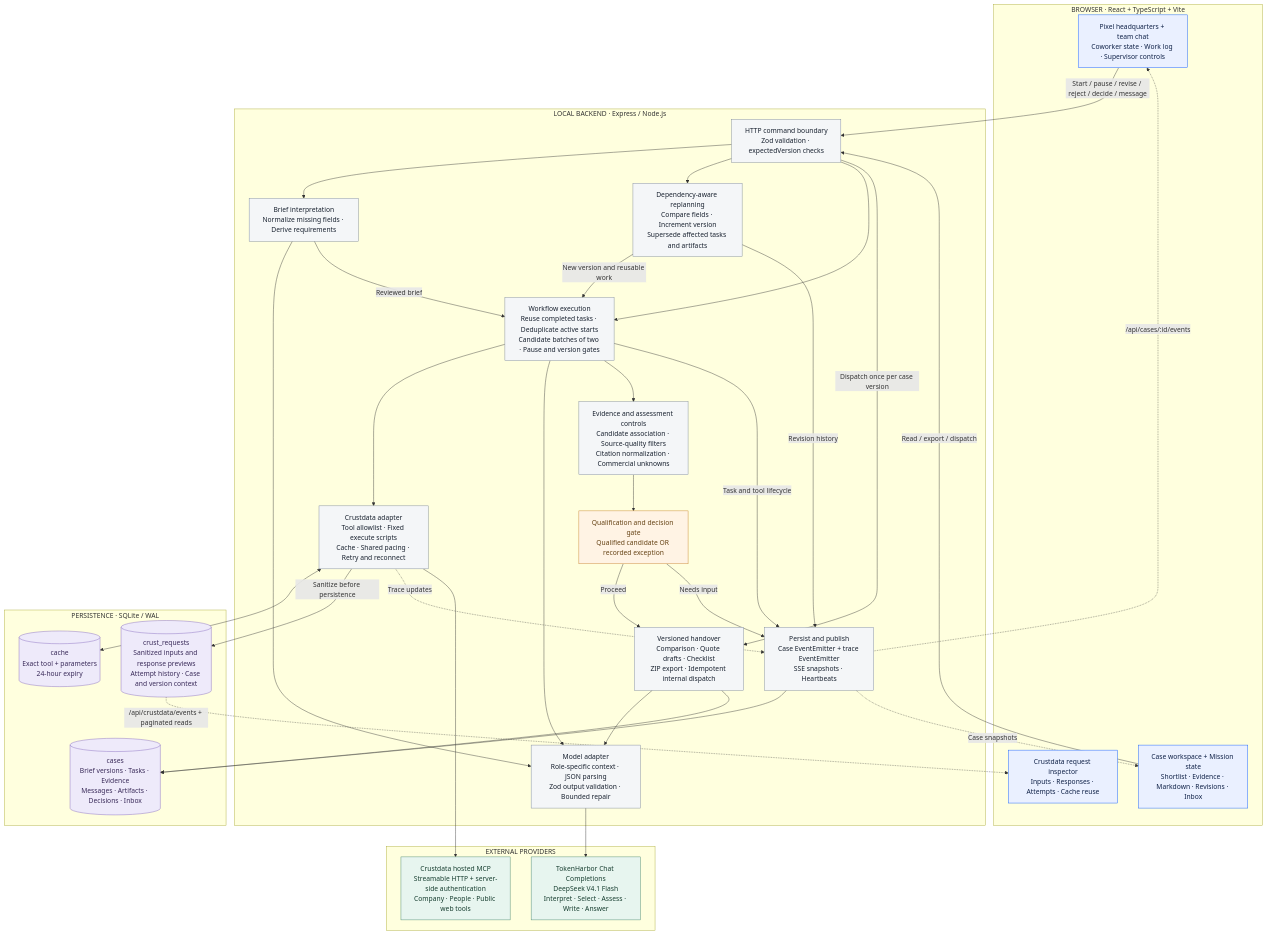
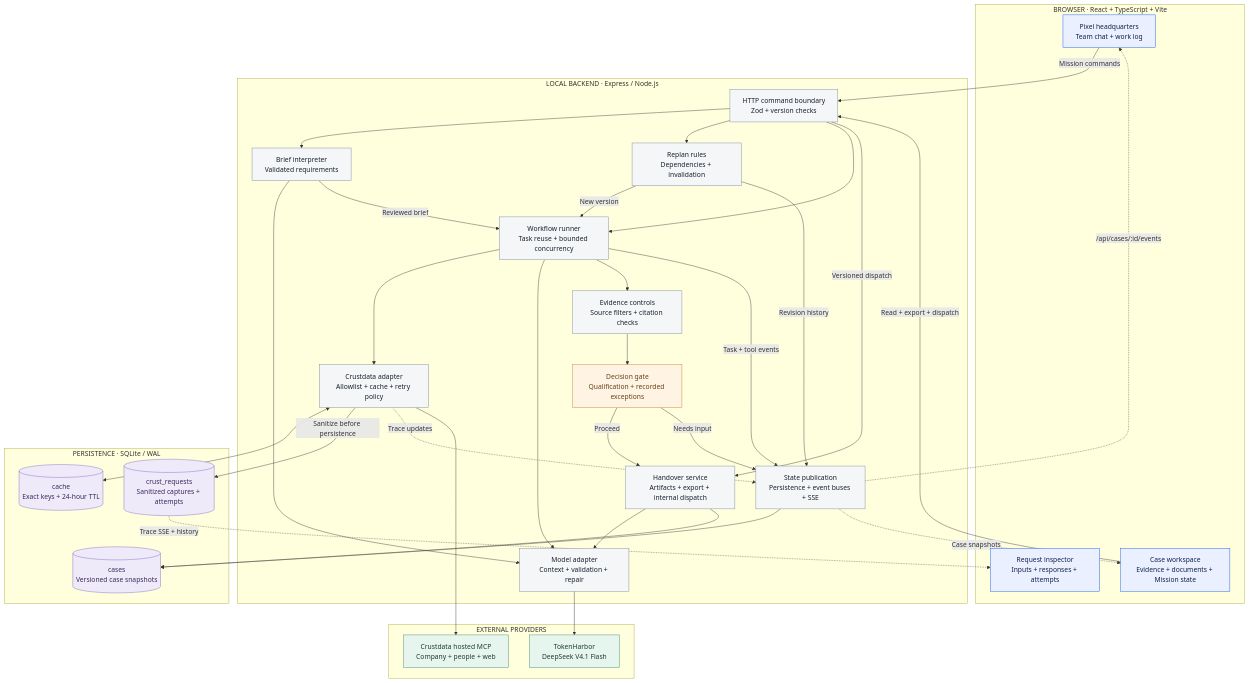
The first of 4 diagrams in README.md (asucodes/afterhours), drawn with Mermaid before and after one commit.

Commit message:
Keep the system map readable at README width

````diff
--- a/README.md
+++ b/README.md
@@ -123,72 +123,72 @@
 ```mermaid
 flowchart TB
     subgraph Browser["BROWSER · React + TypeScript + Vite"]
-        Office["Pixel headquarters + team chat<br/>Coworker state · Work log · Supervisor controls"]
-        Workspace["Case workspace + Mission state<br/>Shortlist · Evidence · Markdown · Revisions · Inbox"]
-        AuditUI["Crustdata request inspector<br/>Inputs · Responses · Attempts · Cache reuse"]
+        Office["Pixel headquarters<br/>Team chat + work log"]
+        Workspace["Case workspace<br/>Evidence + documents + Mission state"]
+        AuditUI["Request inspector<br/>Inputs + responses + attempts"]
     end
 
     subgraph Backend["LOCAL BACKEND · Express / Node.js"]
-        Commands["HTTP command boundary<br/>Zod validation · expectedVersion checks"]
-        Brief["Brief interpretation<br/>Normalize missing fields · Derive requirements"]
-        Planner["Dependency-aware replanning<br/>Compare fields · Increment version<br/>Supersede affected tasks and artifacts"]
-        Runner["Workflow execution<br/>Reuse completed tasks · Deduplicate active starts<br/>Candidate batches of two · Pause and version gates"]
-        Evidence["Evidence and assessment controls<br/>Candidate association · Source-quality filters<br/>Citation normalization · Commercial unknowns"]
-        Decision["Qualification and decision gate<br/>Qualified candidate OR recorded exception"]
-        Package["Versioned handover<br/>Comparison · Quote drafts · Checklist<br/>ZIP export · Idempotent internal dispatch"]
-        Model["Model adapter<br/>Role-specific context · JSON parsing<br/>Zod output validation · Bounded repair"]
-        Crust["Crustdata adapter<br/>Tool allowlist · Fixed execute scripts<br/>Cache · Shared pacing · Retry and reconnect"]
-        Events["Persist and publish<br/>Case EventEmitter + trace EventEmitter<br/>SSE snapshots · Heartbeats"]
+        Commands["HTTP command boundary<br/>Zod + version checks"]
+        Brief["Brief interpreter<br/>Validated requirements"]
+        Planner["Replan rules<br/>Dependencies + invalidation"]
+        Runner["Workflow runner<br/>Task reuse + bounded concurrency"]
+        Evidence["Evidence controls<br/>Source filters + citation checks"]
+        Decision["Decision gate<br/>Qualification + recorded exceptions"]
+        Package["Handover service<br/>Artifacts + export + internal dispatch"]
+        Model["Model adapter<br/>Context + validation + repair"]
+        Crust["Crustdata adapter<br/>Allowlist + cache + retry policy"]
+        Events["State publication<br/>Persistence + event buses + SSE"]
     end
 
     subgraph Storage["PERSISTENCE · SQLite / WAL"]
-        Cases[("cases<br/>Brief versions · Tasks · Evidence<br/>Messages · Artifacts · Decisions · Inbox")]
-        Cache[("cache<br/>Exact tool + parameters<br/>24-hour expiry")]
-        Traces[("crust_requests<br/>Sanitized inputs and response previews<br/>Attempt history · Case and version context")]
+        Cases[("cases<br/>Versioned case snapshots")]
+        Cache[("cache<br/>Exact keys + 24-hour TTL")]
+        Traces[("crust_requests<br/>Sanitized captures + attempts")]
     end
 
     subgraph External["EXTERNAL PROVIDERS"]
-        LLM["TokenHarbor Chat Completions<br/>DeepSeek V4.1 Flash<br/>Interpret · Select · Assess · Write · Answer"]
-        MCP["Crustdata hosted MCP<br/>Streamable HTTP + server-side authentication<br/>Company · People · Public web tools"]
+        LLM["TokenHarbor<br/>DeepSeek V4.1 Flash"]
+        MCP["Crustdata hosted MCP<br/>Company + people + web"]
     end
 
-    Office -->|"Start / pause / revise / reject / decide / message"| Commands
-    Workspace -->|"Read / export / dispatch"| Commands
+    Office -->|"Mission commands"| Commands
+    Workspace -->|"Read + export + dispatch"| Commands
     Commands --> Brief
     Commands --> Planner
     Commands --> Runner
     Brief --> Model
     Brief -->|"Reviewed brief"| Runner
-    Planner -->|"New version and reusable work"| Runner
+    Planner -->|"New version"| Runner
     Runner --> Crust
     Runner --> Model
     Runner --> Evidence
     Evidence --> Decision
     Decision -->|"Proceed"| Package
     Decision -->|"Needs input"| Events
     Package --> Model
     Package --> Cases
-    Commands -->|"Dispatch once per case version"| Package
-    Runner -->|"Task and tool lifecycle"| Events
+    Commands -->|"Versioned dispatch"| Package
+    Runner -->|"Task + tool events"| Events
     Planner -->|"Revision history"| Events
     Events --> Cases
     Events -.->|"/api/cases/:id/events"| Office
     Events -.->|"Case snapshots"| Workspace
     Crust <--> Cache
     Crust -->|"Sanitize before persistence"| Traces
     Crust -.->|"Trace updates"| Events
-    Traces -.->|"/api/crustdata/events + paginated reads"| AuditUI
+    Traces -.->|"Trace SSE + history"| AuditUI
     Model --> LLM
     Crust --> MCP
 
     classDef surface fill:#eaf0ff,stroke:#0052ff,color:#102248
     classDef logic fill:#f4f6f8,stroke:#778397,color:#18212f
     classDef gate fill:#fff3e4,stroke:#c47c26,color:#654214
     classDef storage fill:#eeeafa,stroke:#8064bc,color:#392a59
     classDef provider fill:#e7f5ef,stroke:#408269,color:#173e30
     class Office,Workspace,AuditUI surface
     class Commands,Brief,Planner,Runner,Evidence,Package,Model,Crust,Events logic
     class Decision gate
     class Cases,Cache,Traces storage
     class LLM,MCP provider
 ```
````
